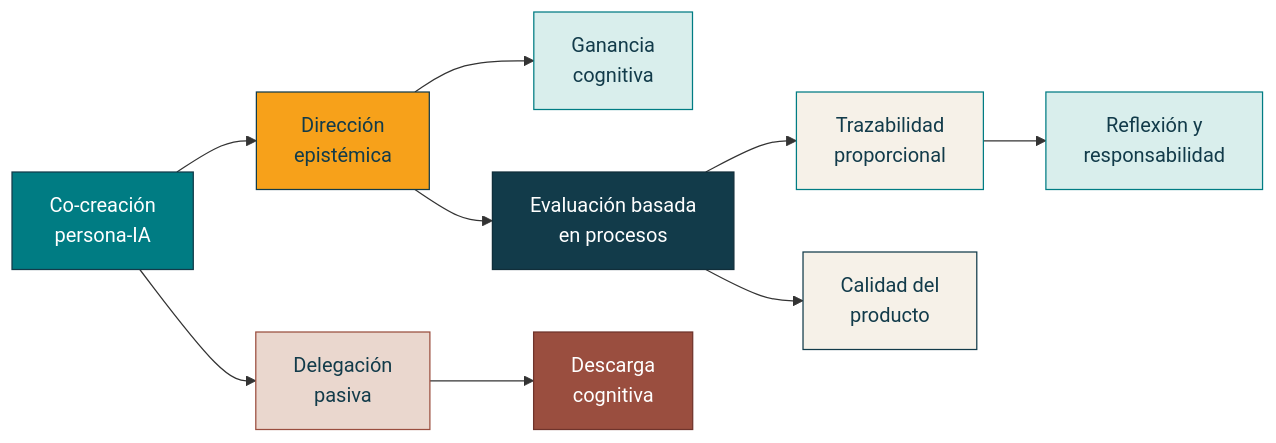
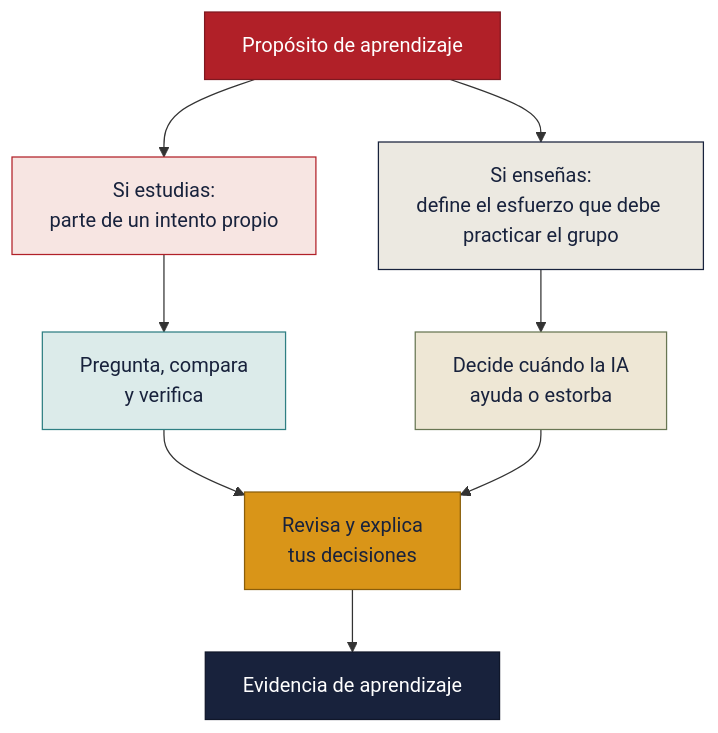
The diagram in content/ia-educacion/constelaciones/cocreacion-evaluacion/index.md (arqueon/aprendizaje-ia), drawn with Mermaid before and after one commit. The commit also changed other lines of this file and 82 other files, not shown here.

```diff
--- a/content/ia-educacion/constelaciones/cocreacion-evaluacion/index.md
+++ b/content/ia-educacion/constelaciones/cocreacion-evaluacion/index.md
@@ -68,21 +111,18 @@
 {{< mermaid >}}
-flowchart LR
-    C["Co-creación<br/>persona-IA"] --> D["Dirección<br/>epistémica"]
-    D --> G["Ganancia<br/>cognitiva"]
-    D --> E["Evaluación basada<br/>en procesos"]
-    E --> T["Trazabilidad<br/>proporcional"]
-    T --> R["Reflexión y<br/>responsabilidad"]
-    C --> X["Delegación<br/>pasiva"]
-    X --> O["Descarga<br/>cognitiva"]
-    E --> P["Calidad del<br/>producto"]
+flowchart TD
+    A["Propósito de aprendizaje"] --> E["Si estudias:<br/>parte de un intento propio"]
+    A --> D["Si enseñas:<br/>define el esfuerzo que debe practicar el grupo"]
+    E --> I["Pregunta, compara<br/>y verifica"]
+    D --> T["Decide cuándo la IA<br/>ayuda o estorba"]
+    I --> R["Revisa y explica<br/>tus decisiones"]
+    T --> R
+    R --> P["Evidencia de aprendizaje"]
 
-    style C fill:#007c83,stroke:#123b4a,color:#ffffff
-    style D fill:#f7a11a,stroke:#123b4a,color:#123b4a
-    style G fill:#d9eeec,stroke:#007c83,color:#123b4a
-    style E fill:#123b4a,stroke:#102e3a,color:#ffffff
-    style T fill:#f6f1e8,stroke:#007c83,color:#123b4a
-    style R fill:#d9eeec,stroke:#007c83,color:#123b4a
-    style X fill:#ead7ce,stroke:#9a4e3f,color:#123b4a
-    style O fill:#9a4e3f,stroke:#6f332b,color:#ffffff
-    style P fill:#f6f1e8,stroke:#123b4a,color:#123b4a
+    style A fill:#b12028,stroke:#7f1820,color:#ffffff
+    style E fill:#f7e5e2,stroke:#b12028,color:#18223c
+    style D fill:#ece9e1,stroke:#18223c,color:#18223c
+    style I fill:#dcebea,stroke:#2f7f83,color:#18223c
+    style T fill:#eee7d5,stroke:#687653,color:#18223c
+    style R fill:#d99518,stroke:#8a5e0b,color:#18223c
+    style P fill:#18223c,stroke:#10172a,color:#ffffff
 {{< /mermaid >}}
```
